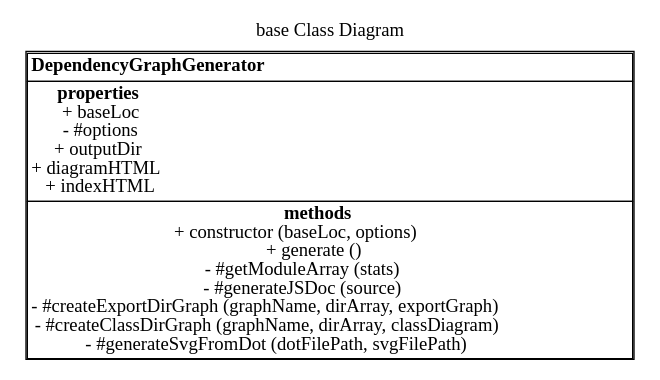
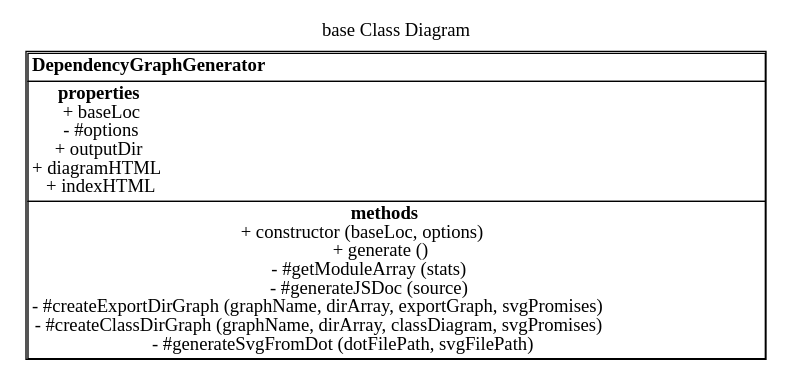
The diagram in docs/ClassDiagram.dot (fleebe/dep-graph), drawn with Graphviz before and after one commit. The commit also changed 21 other files, not shown here.

Commit message:
IMplemented node_moduels in Modeul Export and made sure the code completes the generation of SVG files before it tries to create diagrams.html

```diff
--- a/docs/ClassDiagram.dot
+++ b/docs/ClassDiagram.dot
@@ -1,23 +1,23 @@
 digraph {label=" base Class Diagram";
 labelloc="t";
 "DependencyGraphGenerator" [shape = none, label =<<TABLE cellspacing="0" cellborder="1" align="left">
 <TR><TD align="left"><B>DependencyGraphGenerator</B></TD></TR>
 <TR><TD align="left"><B>properties</B><BR/>
 + baseLoc<BR/>
 - #options<BR/>
 + outputDir<BR/>
 + diagramHTML<BR/>
 + indexHTML<BR/>
 </TD></TR>
 <TR><TD align="left"><B>methods</B><BR/>
 + constructor (baseLoc, options)<BR/>
 + generate ()<BR/>
 - #getModuleArray (stats)<BR/>
 - #generateJSDoc (source)<BR/>
-- #createExportDirGraph (graphName, dirArray, exportGraph)<BR/>
-- #createClassDirGraph (graphName, dirArray, classDiagram)<BR/>
+- #createExportDirGraph (graphName, dirArray, exportGraph, svgPromises)<BR/>
+- #createClassDirGraph (graphName, dirArray, classDiagram, svgPromises)<BR/>
 - #generateSvgFromDot (dotFilePath, svgFilePath)<BR/>
 </TD></TR>
 </TABLE>>];
 
 }
```
